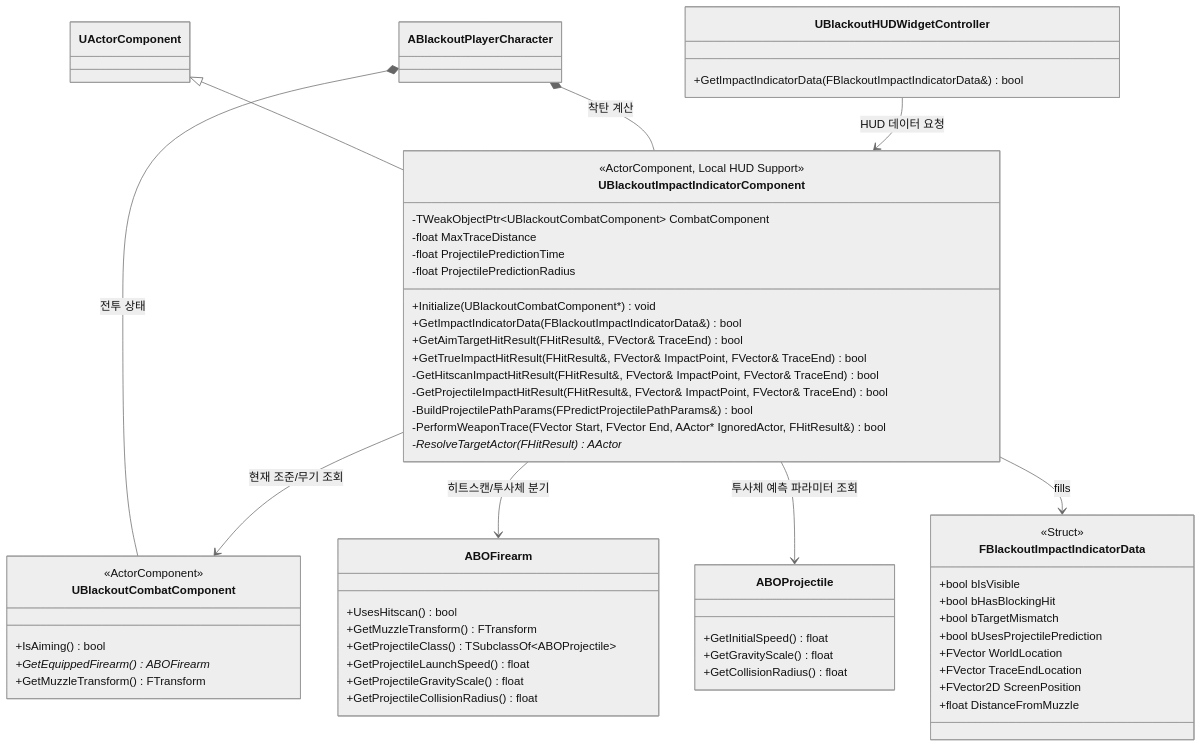
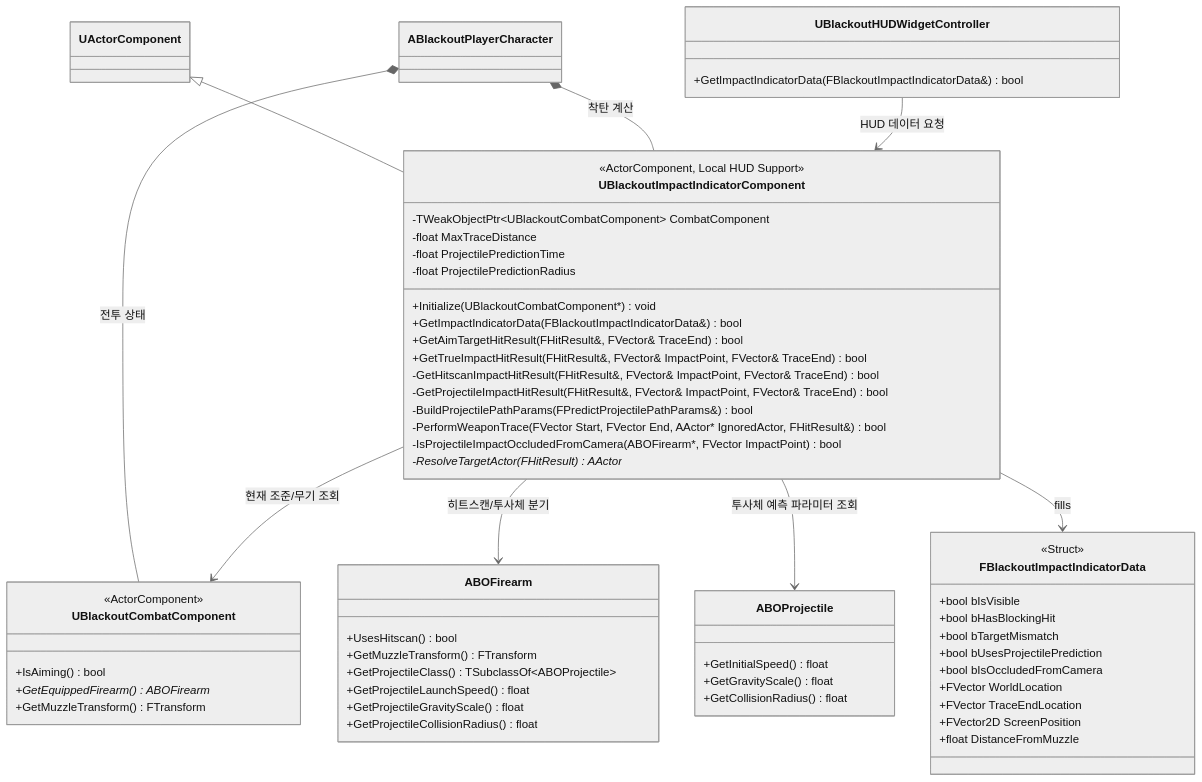
The first of 2 diagrams in Docs/Combat/09_Impact_Indicator_Component.md (ThunderVolt45/ProjectBlackout), drawn with Mermaid (neutral theme) before and after one commit. The commit also changed other lines of this file and 7 other files, not shown here.

````diff
--- a/Docs/Combat/09_Impact_Indicator_Component.md
+++ b/Docs/Combat/09_Impact_Indicator_Component.md
@@ -5,69 +5,71 @@
 ```mermaid
 classDiagram
     direction TB
 
     UActorComponent <|-- UBlackoutImpactIndicatorComponent
 
     class UBlackoutImpactIndicatorComponent {
         <<ActorComponent, Local HUD Support>>
         -TWeakObjectPtr~UBlackoutCombatComponent~ CombatComponent
         -float MaxTraceDistance
         -float ProjectilePredictionTime
         -float ProjectilePredictionRadius
         +Initialize(UBlackoutCombatComponent*) void
         +GetImpactIndicatorData(FBlackoutImpactIndicatorData&) bool
         +GetAimTargetHitResult(FHitResult&, FVector& TraceEnd) bool
         +GetTrueImpactHitResult(FHitResult&, FVector& ImpactPoint, FVector& TraceEnd) bool
         -GetHitscanImpactHitResult(FHitResult&, FVector& ImpactPoint, FVector& TraceEnd) bool
         -GetProjectileImpactHitResult(FHitResult&, FVector& ImpactPoint, FVector& TraceEnd) bool
         -BuildProjectilePathParams(FPredictProjectilePathParams&) bool
         -PerformWeaponTrace(FVector Start, FVector End, AActor* IgnoredActor, FHitResult&) bool
+        -IsProjectileImpactOccludedFromCamera(ABOFirearm*, FVector ImpactPoint) bool
         -ResolveTargetActor(FHitResult) AActor*
     }
 
     class FBlackoutImpactIndicatorData {
         <<Struct>>
         +bool bIsVisible
         +bool bHasBlockingHit
         +bool bTargetMismatch
         +bool bUsesProjectilePrediction
+        +bool bIsOccludedFromCamera
         +FVector WorldLocation
         +FVector TraceEndLocation
         +FVector2D ScreenPosition
         +float DistanceFromMuzzle
     }
 
     class UBlackoutCombatComponent {
         <<ActorComponent>>
         +IsAiming() bool
         +GetEquippedFirearm() ABOFirearm*
         +GetMuzzleTransform() FTransform
     }
 
     class ABOFirearm {
         +UsesHitscan() bool
         +GetMuzzleTransform() FTransform
         +GetProjectileClass() TSubclassOf~ABOProjectile~
         +GetProjectileLaunchSpeed() float
         +GetProjectileGravityScale() float
         +GetProjectileCollisionRadius() float
     }
 
     class ABOProjectile {
         +GetInitialSpeed() float
         +GetGravityScale() float
         +GetCollisionRadius() float
     }
 
     class UBlackoutHUDWidgetController {
         +GetImpactIndicatorData(FBlackoutImpactIndicatorData&) bool
     }
 
     ABlackoutPlayerCharacter *-- UBlackoutCombatComponent : 전투 상태
     ABlackoutPlayerCharacter *-- UBlackoutImpactIndicatorComponent : 착탄 계산
     UBlackoutImpactIndicatorComponent --> UBlackoutCombatComponent : 현재 조준/무기 조회
     UBlackoutImpactIndicatorComponent --> ABOFirearm : 히트스캔/투사체 분기
     UBlackoutImpactIndicatorComponent --> ABOProjectile : 투사체 예측 파라미터 조회
     UBlackoutImpactIndicatorComponent --> FBlackoutImpactIndicatorData : fills
     UBlackoutHUDWidgetController --> UBlackoutImpactIndicatorComponent : HUD 데이터 요청
 ```
````
